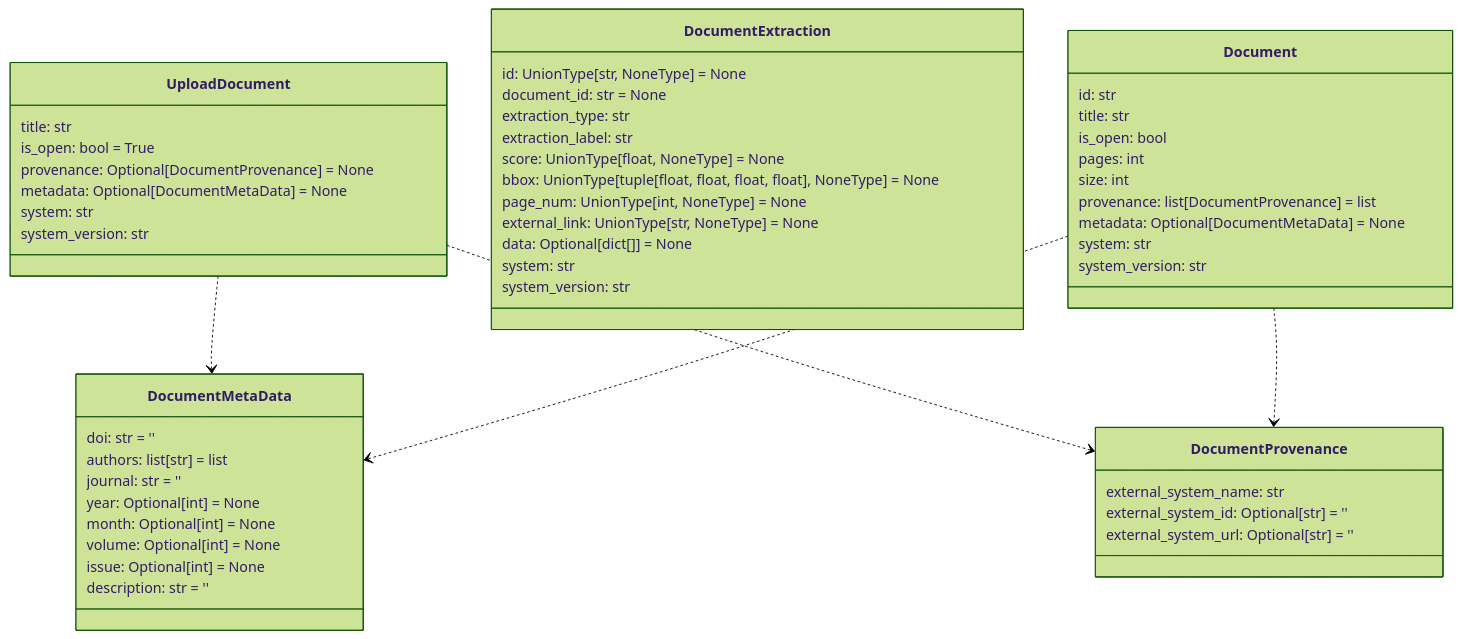
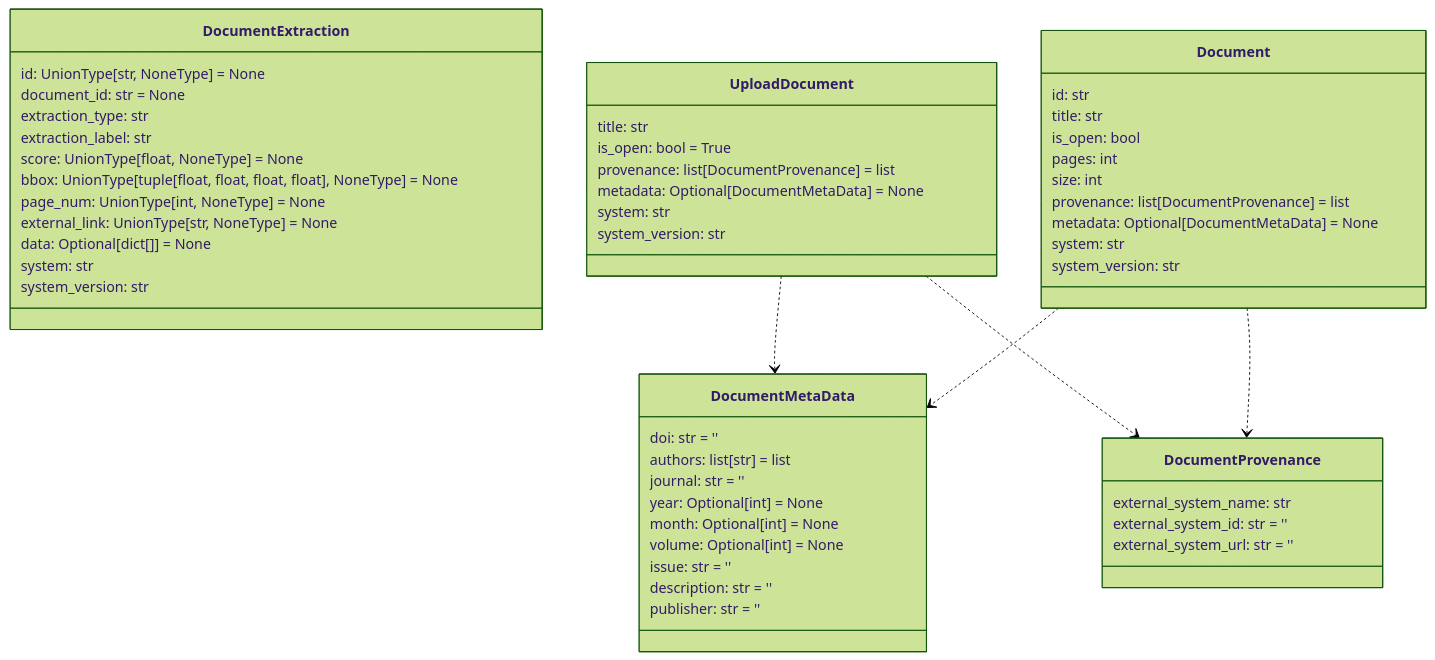
One commit to DARPA-CRITICALMAAS/cdr_schemas changed the ninth of 12 diagrams in README.md. Above: the diagram before and after it, drawn with Mermaid (forest theme). The commit also changed other lines of this file and 7 other files, not shown here.

````diff
--- a/README.md
+++ b/README.md
@@ -667,62 +667,63 @@
 ```mermaid
 classDiagram
 
     class DocumentMetaData {
         doi: str = ''
         authors: list[str] = list
         journal: str = ''
         year: Optional[int] = None
         month: Optional[int] = None
         volume: Optional[int] = None
-        issue: Optional[int] = None
+        issue: str = ''
         description: str = ''
-    }
-
-    class Document {
-        id: str
-        title: str
-        is_open: bool
-        pages: int
-        size: int
-        provenance: list[DocumentProvenance] = list
-        metadata: Optional[DocumentMetaData] = None
-        system: str
-        system_version: str
+        publisher: str = ''
     }
 
     class DocumentExtraction {
         id: UnionType[str, NoneType] = None
         document_id: str = None
         extraction_type: str
         extraction_label: str
         score: UnionType[float, NoneType] = None
         bbox: UnionType[tuple[float, float, float, float], NoneType] = None
         page_num: UnionType[int, NoneType] = None
         external_link: UnionType[str, NoneType] = None
         data: Optional[dict[]] = None
         system: str
         system_version: str
     }
 
-    class DocumentProvenance {
-        external_system_name: str
-        external_system_id: Optional[str] = ''
-        external_system_url: Optional[str] = ''
-    }
-
     class UploadDocument {
         title: str
         is_open: bool = True
-        provenance: Optional[DocumentProvenance] = None
+        provenance: list[DocumentProvenance] = list
+        metadata: Optional[DocumentMetaData] = None
+        system: str
+        system_version: str
+    }
+
+    class DocumentProvenance {
+        external_system_name: str
+        external_system_id: str = ''
+        external_system_url: str = ''
+    }
+
+    class Document {
+        id: str
+        title: str
+        is_open: bool
+        pages: int
+        size: int
+        provenance: list[DocumentProvenance] = list
         metadata: Optional[DocumentMetaData] = None
         system: str
         system_version: str
     }
 
     UploadDocument ..> DocumentMetaData
     UploadDocument ..> DocumentProvenance
     Document ..> DocumentMetaData
     Document ..> DocumentProvenance
 
 
 ```
````
